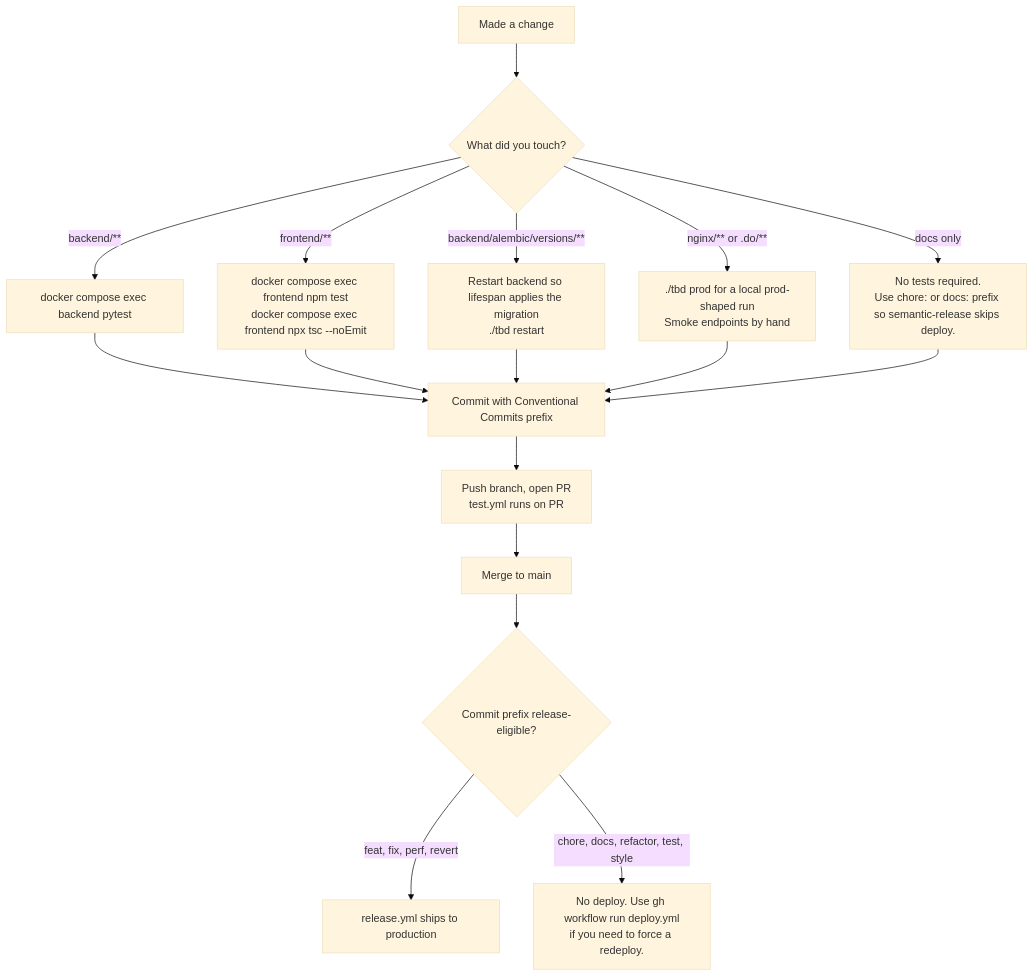
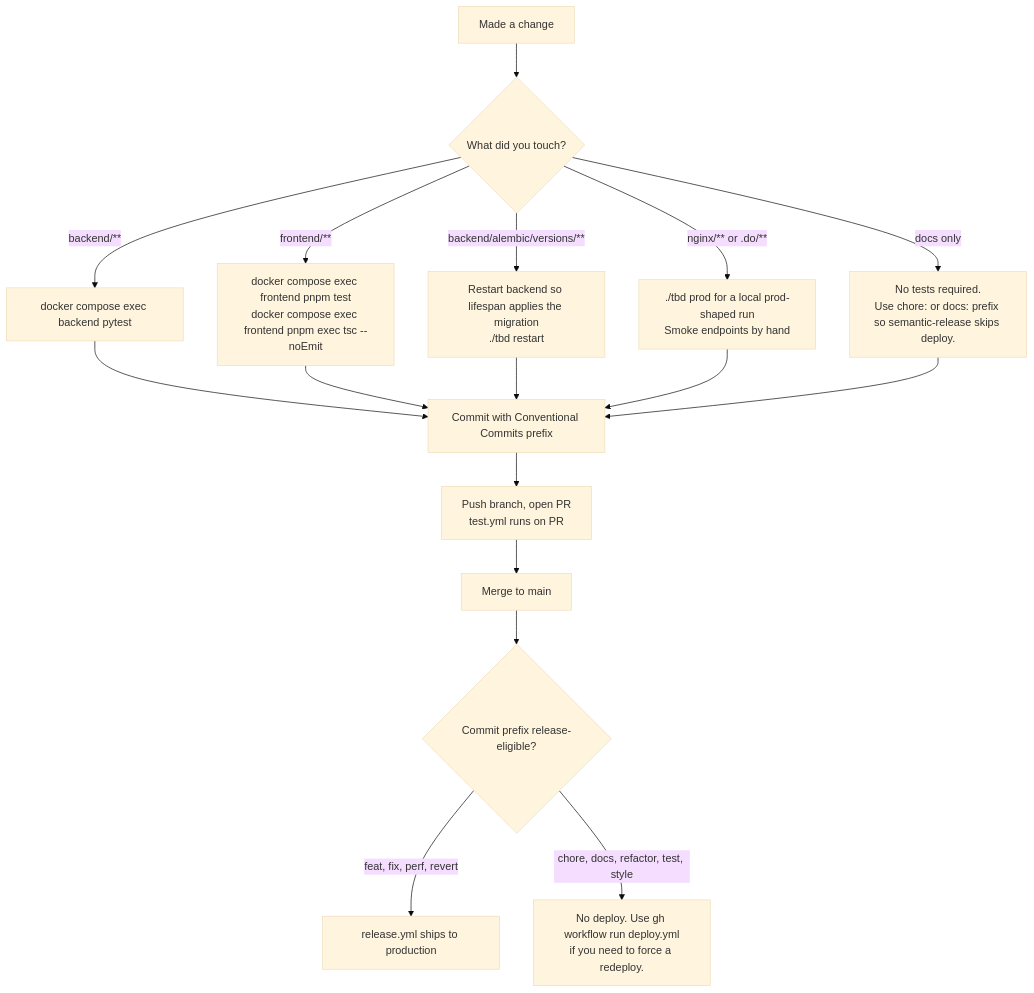
Before and after one commit to fjcloudaiconsulting/tbd: the diagram in CONTRIBUTING.md, drawn with Mermaid (base theme). The commit also changed other lines of this file and 26 other files, not shown here.

First line of the commit message:
build(frontend): migrate npm to pnpm (INFRA-41) (#822)

````diff
--- a/CONTRIBUTING.md
+++ b/CONTRIBUTING.md
@@ -51,19 +51,19 @@
 ```mermaid
 flowchart TD
     A[Made a change] --> B{What did you touch?}
     B -->|backend/**| C[docker compose exec backend pytest]
-    B -->|frontend/**| D[docker compose exec frontend npm test<br/>docker compose exec frontend npx tsc --noEmit]
+    B -->|frontend/**| D[docker compose exec frontend pnpm test<br/>docker compose exec frontend pnpm exec tsc --noEmit]
     B -->|backend/alembic/versions/**| E[Restart backend so lifespan applies the migration<br/>./tbd restart]
     B -->|nginx/** or .do/**| F[./tbd prod for a local prod-shaped run<br/>Smoke endpoints by hand]
     B -->|docs only| G[No tests required.<br/>Use chore: or docs: prefix so semantic-release skips deploy.]
     C --> H[Commit with Conventional Commits prefix]
     D --> H
     E --> H
     F --> H
     G --> H
     H --> I[Push branch, open PR<br/>test.yml runs on PR]
     I --> J[Merge to main]
     J --> K{Commit prefix release-eligible?}
     K -->|feat, fix, perf, revert| L[release.yml ships to production]
     K -->|chore, docs, refactor, test, style| M[No deploy. Use gh workflow run deploy.yml<br/>if you need to force a redeploy.]
 ```
````
